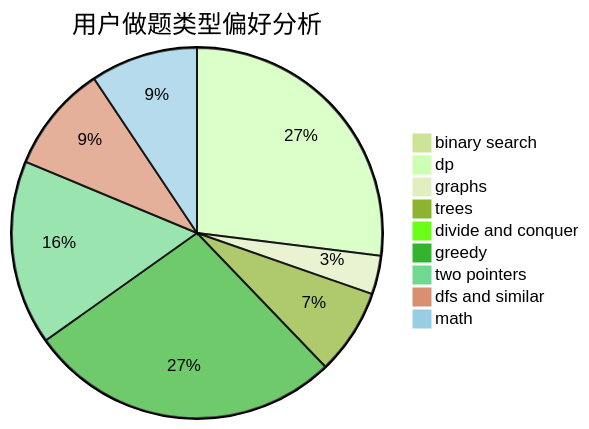
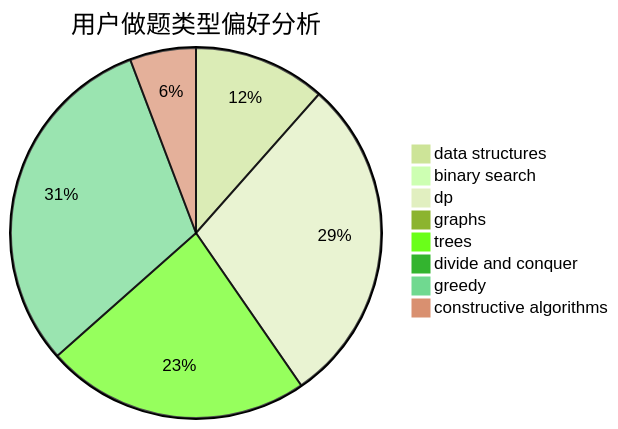
One commit to sherpahu/cfrs.github.io changed the second of 3 diagrams in docs/user/u312.md. Above: the diagram before and after it, drawn with Mermaid (forest theme). The commit also changed other lines of this file and 2775 other files, not shown here.

````diff
--- a/docs/user/u312.md
+++ b/docs/user/u312.md
@@ -23,12 +23,11 @@
 ```mermaid
 pie title 用户做题类型偏好分析
+    "data structures" :  6
     "binary search" :  0
-    "dp" :  72
-    "graphs" :  9
-    "trees" :  20
+    "dp" :  15
+    "graphs" :  0
+    "trees" :  12
     "divide and conquer" :  0
-    "greedy" :  73
-    "two pointers" :  43
-    "dfs and similar" :  25
-    "math" :  25
+    "greedy" :  16
+    "constructive algorithms" :  3
 ```
````
